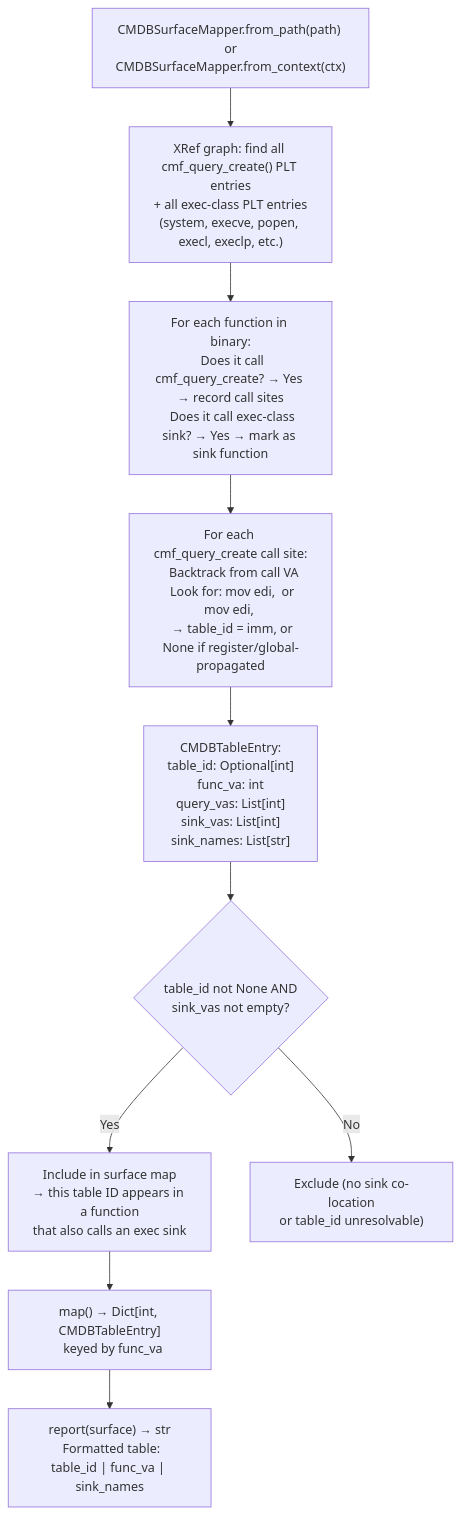
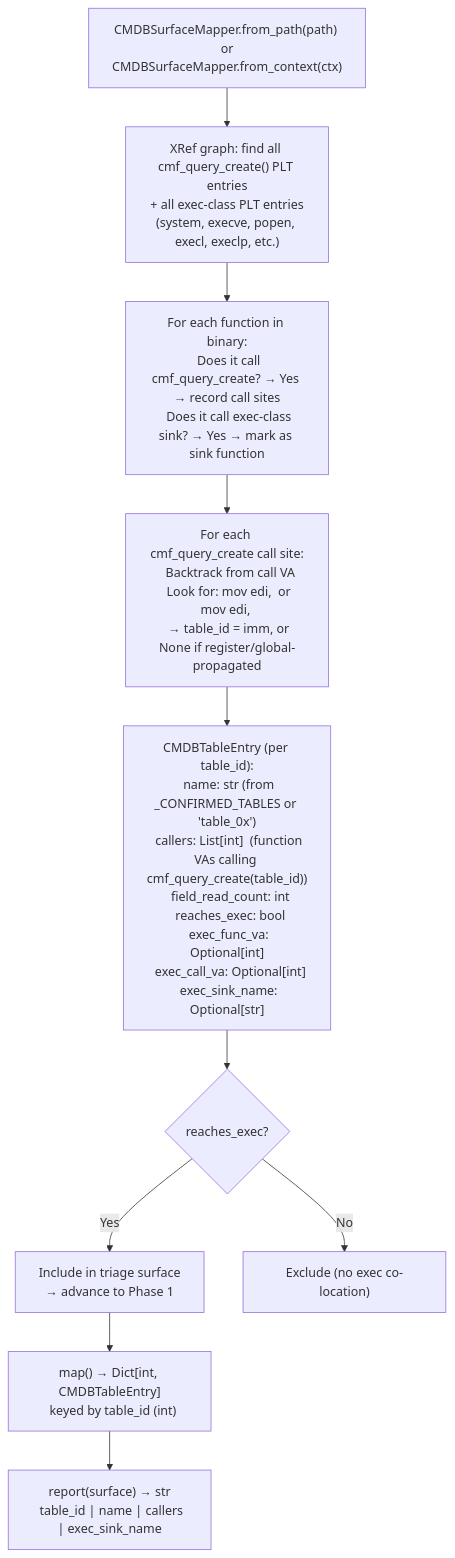
Before and after one commit to Ablation-Tool/ablation: the diagram in docs/reference-modules/cmdb-to-sink-mapping.md, drawn with Mermaid. The commit also changed other lines of this file, not shown here.

First line of the commit message:
docs: fix cmdb-to-sink-mapping — wrong CMDBTableEntry field names throughout

````diff
--- a/docs/reference-modules/cmdb-to-sink-mapping.md
+++ b/docs/reference-modules/cmdb-to-sink-mapping.md
@@ -19,12 +19,12 @@
 ```mermaid
 flowchart TD
     A["CMDBSurfaceMapper.from_path(path) or\nCMDBSurfaceMapper.from_context(ctx)"] --> B["XRef graph: find all cmf_query_create() PLT entries\n+ all exec-class PLT entries\n(system, execve, popen, execl, execlp, etc.)"]
     B --> C["For each function in binary:\n  Does it call cmf_query_create? → Yes → record call sites\n  Does it call exec-class sink? → Yes → mark as sink function"]
     C --> D["For each cmf_query_create call site:\n  Backtrack from call VA\n  Look for: mov edi, <imm> or mov edi, <const>\n  → table_id = imm, or None if register/global-propagated"]
-    D --> E["CMDBTableEntry:\n  table_id: Optional[int]\n  func_va: int\n  query_vas: List[int]\n  sink_vas: List[int]\n  sink_names: List[str]"]
-    E --> F{"table_id not None AND\nsink_vas not empty?"}
-    F -->|Yes| G["Include in surface map\n→ this table ID appears in a function\nthat also calls an exec sink"]
-    F -->|No| H["Exclude (no sink co-location\nor table_id unresolvable)"]
-    G --> I["map() → Dict[int, CMDBTableEntry]\n  keyed by func_va"]
-    I --> J["report(surface) → str\n  Formatted table: table_id | func_va | sink_names"]
+    D --> E["CMDBTableEntry (per table_id):\n  name: str (from _CONFIRMED_TABLES or 'table_0x<hex>')\n  callers: List[int]  (function VAs calling cmf_query_create(table_id))\n  field_read_count: int\n  reaches_exec: bool\n  exec_func_va: Optional[int]\n  exec_call_va: Optional[int]\n  exec_sink_name: Optional[str]"]
+    E --> F{"reaches_exec?"}
+    F -->|Yes| G["Include in triage surface\n→ advance to Phase 1"]
+    F -->|No| H["Exclude (no exec co-location)"]
+    G --> I["map() → Dict[int, CMDBTableEntry]\n  keyed by table_id (int)"]
+    I --> J["report(surface) → str\n  table_id | name | callers | exec_sink_name"]
 ```
````
